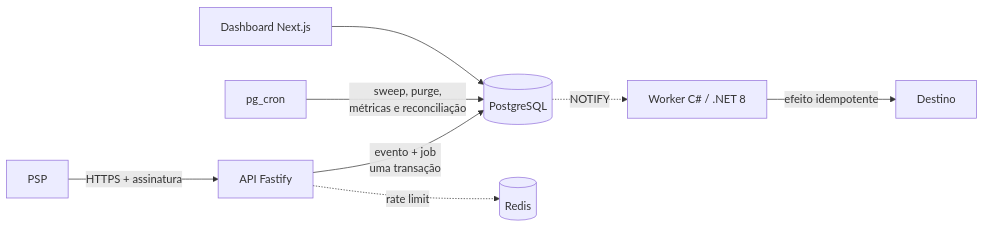
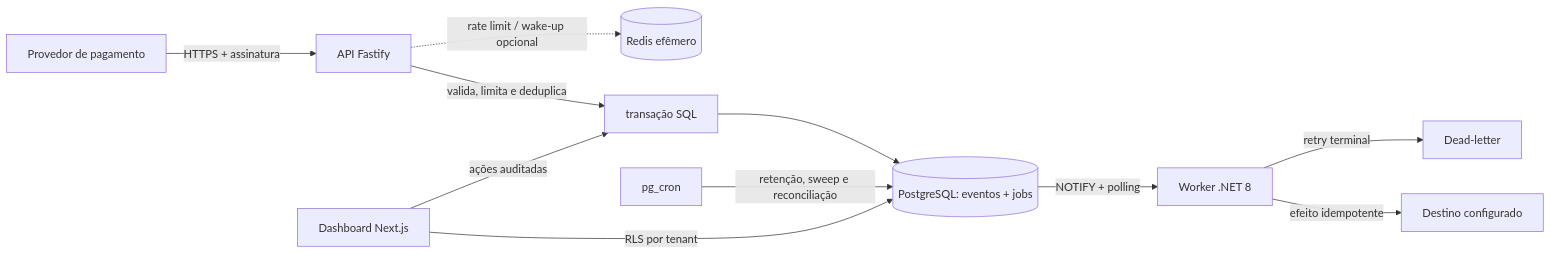
The diagram in README.md (Nathan-Paranhos/slucie), drawn with Mermaid before and after one commit. The commit also changed other lines of this file and 44 other files, not shown here.

First line of the commit message:
feat: connect operational dashboard and document real flow

````diff
--- a/README.md
+++ b/README.md
@@ -28,10 +42,13 @@
 ```mermaid
 flowchart LR
-    P[PSP] -->|HTTPS + assinatura| A[API Fastify]
-    A -->|evento + job<br/>uma transação| DB[(PostgreSQL)]
-    A -. rate limit .-> R[(Redis)]
-    DB -. NOTIFY .-> W[Worker C# / .NET 8]
-    W -->|efeito idempotente| D[Destino]
-    C[pg_cron] -->|sweep, purge,<br/>métricas e reconciliação| DB
-    UI[Dashboard Next.js] --> DB
+    Provider[Provedor de pagamento] -->|HTTPS + assinatura| Ingest[API Fastify]
+    Ingest -->|valida, limita e deduplica| Tx[transação SQL]
+    Tx --> Events[(PostgreSQL: eventos + jobs)]
+    Ingest -. rate limit / wake-up opcional .-> Redis[(Redis efêmero)]
+    Events -->|NOTIFY + polling| Worker[Worker .NET 8]
+    Worker -->|efeito idempotente| Destination[Destino configurado]
+    Worker -->|retry terminal| DLQ[Dead-letter]
+    Dashboard[Dashboard Next.js] -->|RLS por tenant| Events
+    Dashboard -->|ações auditadas| Tx
+    Scheduler[pg_cron] -->|retenção, sweep e reconciliação| Events
 ```
````
